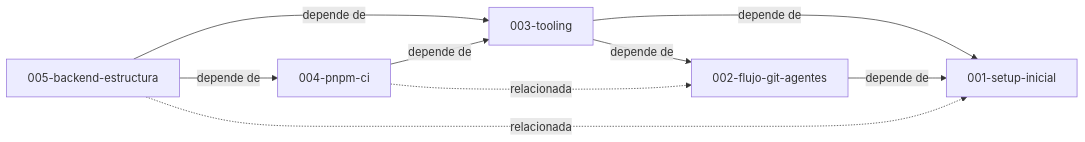
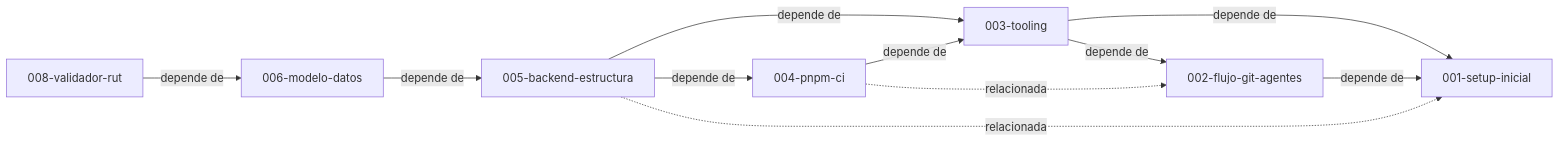
The diagram in docs/specs/README.md (DavidSlva/financial-risk-manager), drawn with Mermaid before and after one commit. The commit also changed other lines of this file and 6 other files, not shown here.

Commit message:
docs(006): spec de modelo de datos (users.json, scores.json) hasta tasks

````diff
--- a/docs/specs/README.md
+++ b/docs/specs/README.md
@@ -17,16 +19,20 @@
 ```mermaid
 graph LR
   S001[001-setup-inicial]
   S002[002-flujo-git-agentes]
   S003[003-tooling]
   S004[004-pnpm-ci]
   S005[005-backend-estructura]
+  S006[006-modelo-datos]
+  S008[008-validador-rut]
   S002 -->|depende de| S001
   S003 -->|depende de| S001
   S003 -->|depende de| S002
   S004 -->|depende de| S003
   S004 -.->|relacionada| S002
   S005 -->|depende de| S003
   S005 -->|depende de| S004
   S005 -.->|relacionada| S001
+  S006 -->|depende de| S005
+  S008 -->|depende de| S006
 ```
````
